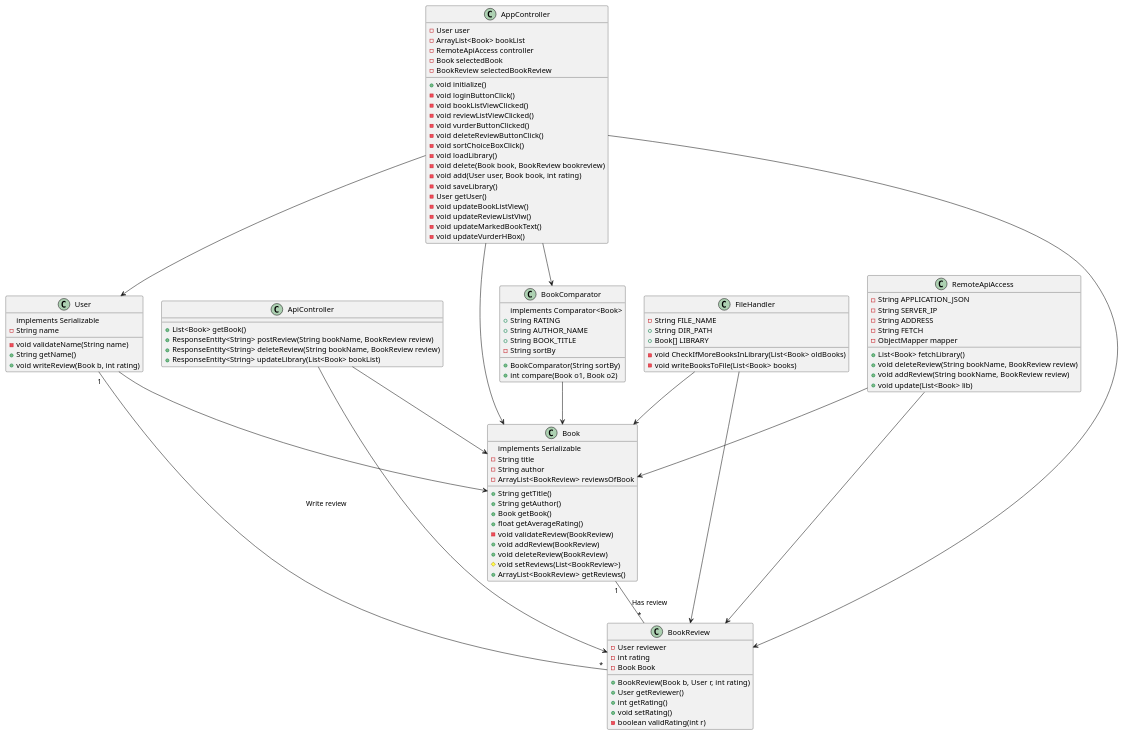
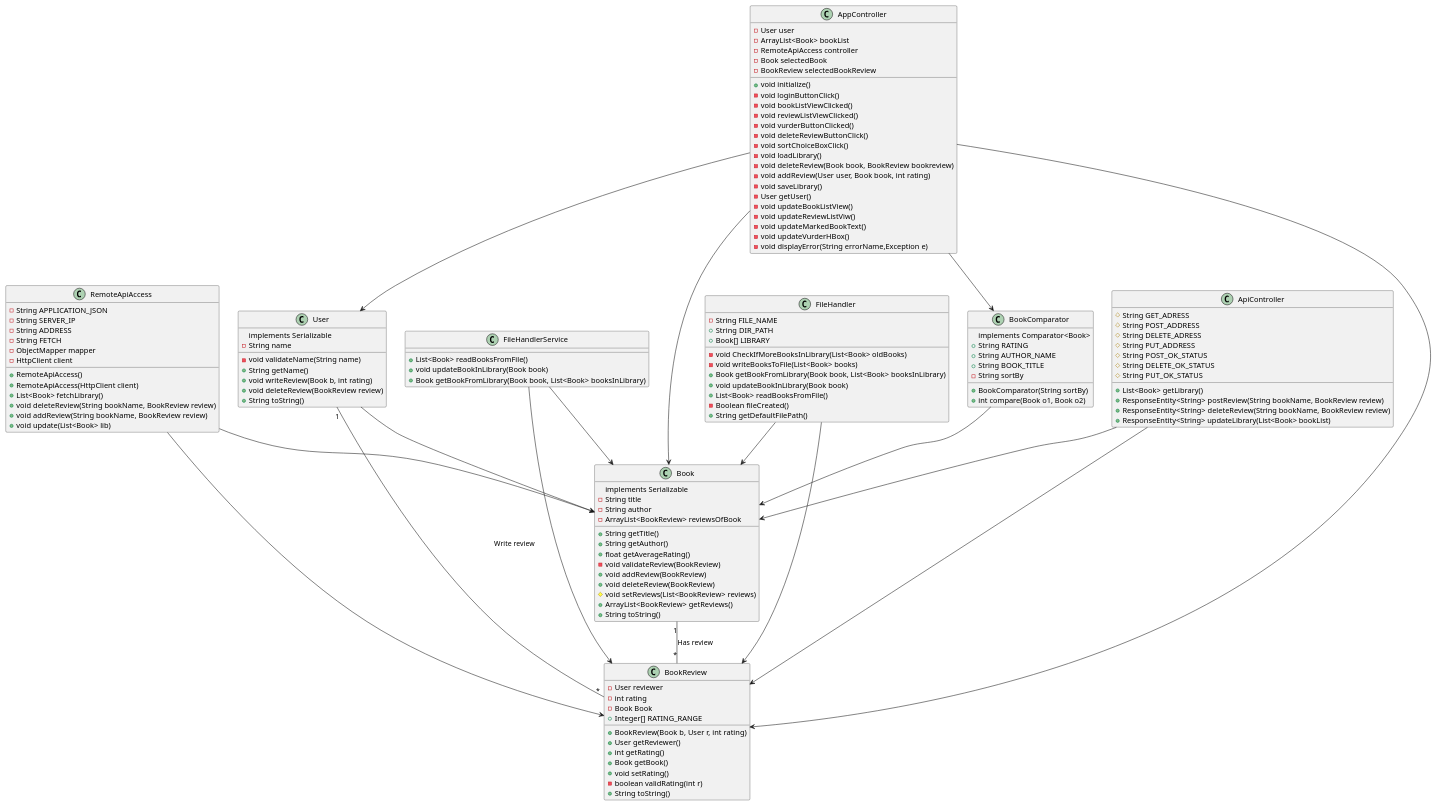
One commit to emillub/IT1901_Informatikk_Prosjektarbeid changed the diagram in docs/UML/classDiagram.plantuml. Above: the diagram before and after it, drawn with PlantUML.

Commit message:
Fix: Upodated class diagram to align with new changes in project. Closes #89

```diff
--- a/docs/UML/classDiagram.plantuml
+++ b/docs/UML/classDiagram.plantuml
@@ -1,120 +1,149 @@
 @startuml
 
 class Book {
     implements Serializable
     -String title
     -String author
     -ArrayList<BookReview> reviewsOfBook
 
     +String getTitle()
     +String getAuthor()
-    +Book getBook()
     +float getAverageRating()
     -void validateReview(BookReview)
     +void addReview(BookReview)
     +void deleteReview(BookReview)
-    #void setReviews(List<BookReview>)
+    #void setReviews(List<BookReview> reviews)
     +ArrayList<BookReview> getReviews()
+    +String toString()
 }
 
 class BookComparator {
     implements Comparator<Book>
     +String RATING 
     +String AUTHOR_NAME
     +String BOOK_TITLE
     -String sortBy
 
     +BookComparator(String sortBy)
     +int compare(Book o1, Book o2)
 }
 
 class BookReview {
     -User reviewer
     -int rating 
     -Book Book
+    +Integer[] RATING_RANGE
 
     +BookReview(Book b, User r, int rating)
     +User getReviewer()
     +int getRating()
+    +Book getBook()
     +void setRating()
     -boolean validRating(int r)
+    +String toString()
 }
 
 class User {
     implements Serializable
     -String name
     -void validateName(String name) 
     +String getName()
     +void writeReview(Book b, int rating)
+    +void deleteReview(BookReview review)
+    +String toString()
 }
 
 class AppController {
     -User user 
     -ArrayList<Book> bookList
     -RemoteApiAccess controller 
     -Book selectedBook 
     -BookReview selectedBookReview
 
     +void initialize()
     -void loginButtonClick()
     -void bookListViewClicked()
     -void reviewListViewClicked()
     -void vurderButtonClicked()
     -void deleteReviewButtonClick()
     -void sortChoiceBoxClick()
     -void loadLibrary()
-    -void delete(Book book, BookReview bookreview)
-    -void add(User user, Book book, int rating)
+    -void deleteReview(Book book, BookReview bookreview)
+    -void addReview(User user, Book book, int rating)
     -void saveLibrary()
     -User getUser()
     -void updateBookListView()
     -void updateReviewListViw()
     -void updateMarkedBookText()
     -void updateVurderHBox()
+    -void displayError(String errorName,Exception e)
 }
 
 class RemoteApiAccess {
     -String APPLICATION_JSON
     -String SERVER_IP
     -String ADDRESS
     -String FETCH 
     -ObjectMapper mapper
+    -HttpClient client
+    +RemoteApiAccess()
+    +RemoteApiAccess(HttpClient client)
     +List<Book> fetchLibrary()
     +void deleteReview(String bookName, BookReview review)
     +void addReview(String bookName, BookReview review)
     +void update(List<Book> lib)
 }
 
 class ApiController {
-    +List<Book> getBook()
+    #String GET_ADRESS
+    #String POST_ADDRESS
+    #String DELETE_ADRESS
+    #String PUT_ADDRESS
+    #String POST_OK_STATUS
+    #String DELETE_OK_STATUS
+    #String PUT_OK_STATUS
+    +List<Book> getLibrary()
     +ResponseEntity<String> postReview(String bookName, BookReview review)
     +ResponseEntity<String> deleteReview(String bookName, BookReview review)
     +ResponseEntity<String> updateLibrary(List<Book> bookList)
 }
 
 class FileHandler {
     -String FILE_NAME
     +String DIR_PATH
     +Book[] LIBRARY 
 
     -void CheckIfMoreBooksInLibrary(List<Book> oldBooks)
     -void writeBooksToFile(List<Book> books)
+    +Book getBookFromLibrary(Book book, List<Book> booksInLibrary)
+    +void updateBookInLibrary(Book book)
+    +List<Book> readBooksFromFile()
+    -Boolean fileCreated()
+    +String getDefaultFilePath()
+}
+
+class FileHandlerService {
+    +List<Book> readBooksFromFile()
+    +void updateBookInLibrary(Book book)
+    +Book getBookFromLibrary(Book book, List<Book> booksInLibrary)
 }
 
 'Relationships'
 Book "1" -- "*" BookReview : Has review
 User "1" -- "*" BookReview : Write review
 BookComparator --> Book
 User --> Book
 RemoteApiAccess --> Book
 ApiController --> Book
 ApiController --> BookReview
 AppController --> Book
 AppController --> User
 AppController --> BookComparator
 AppController --> BookReview
 FileHandler --> Book
 FileHandler --> BookReview
 RemoteApiAccess --> BookReview
+FileHandlerService --> Book
+FileHandlerService --> BookReview
 
 @enduml
```
